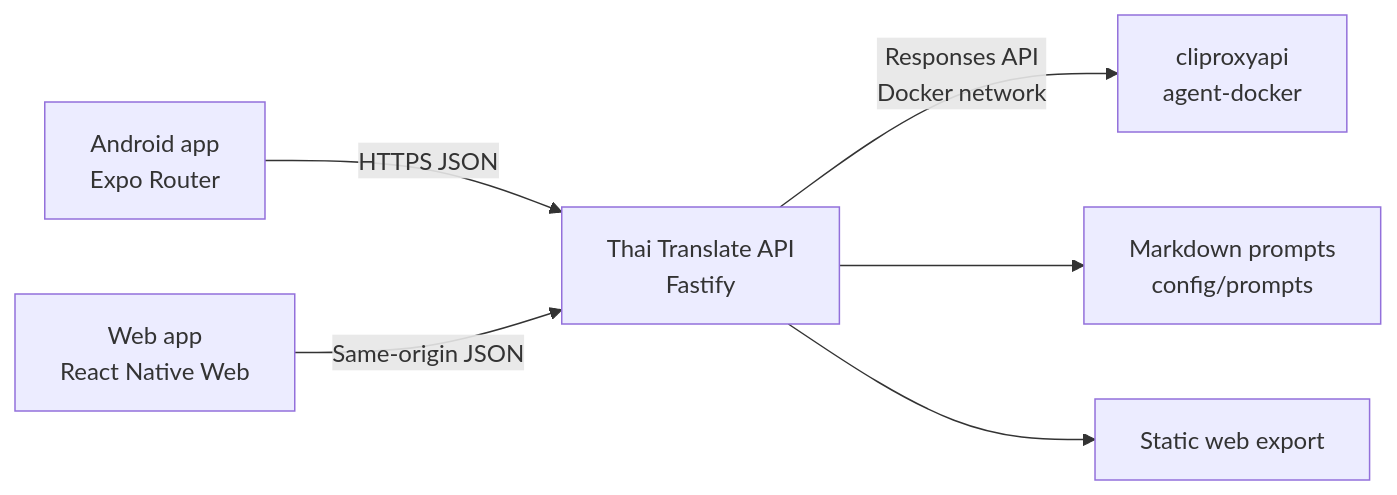
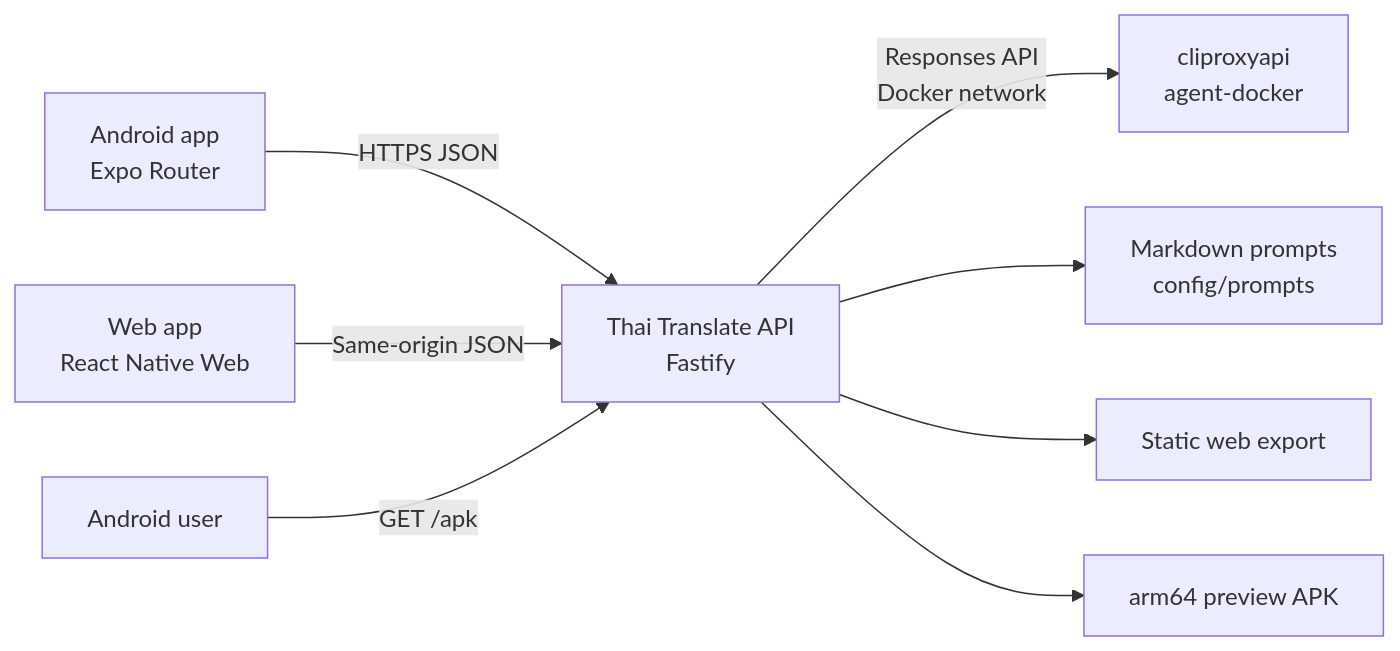
Before and after one commit to StayHomeThereIsNoFrance/translate-app: the diagram in docs/Architecture.md, drawn with Mermaid. The commit also changed other lines of this file and 3 other files, not shown here.

````diff
--- a/docs/Architecture.md
+++ b/docs/Architecture.md
@@ -13,8 +13,10 @@
 ```mermaid
 flowchart LR
   A["Android app<br/>Expo Router"] -->|HTTPS JSON| B["Thai Translate API<br/>Fastify"]
   W["Web app<br/>React Native Web"] -->|Same-origin JSON| B
+  U["Android user"] -->|"GET /apk"| B
   B -->|Responses API<br/>Docker network| P["cliproxyapi<br/>agent-docker"]
   B --> M["Markdown prompts<br/>config/prompts"]
   B --> S["Static web export"]
+  B --> K["arm64 preview APK"]
 ```
````
